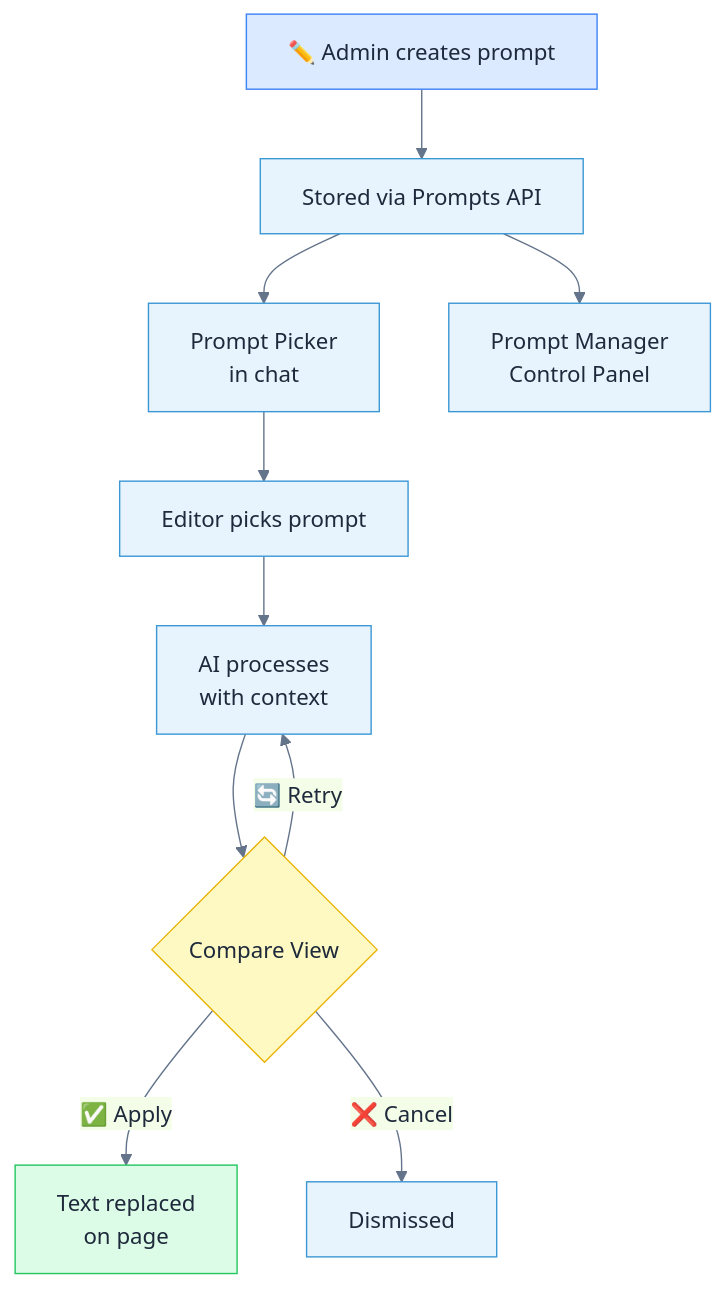
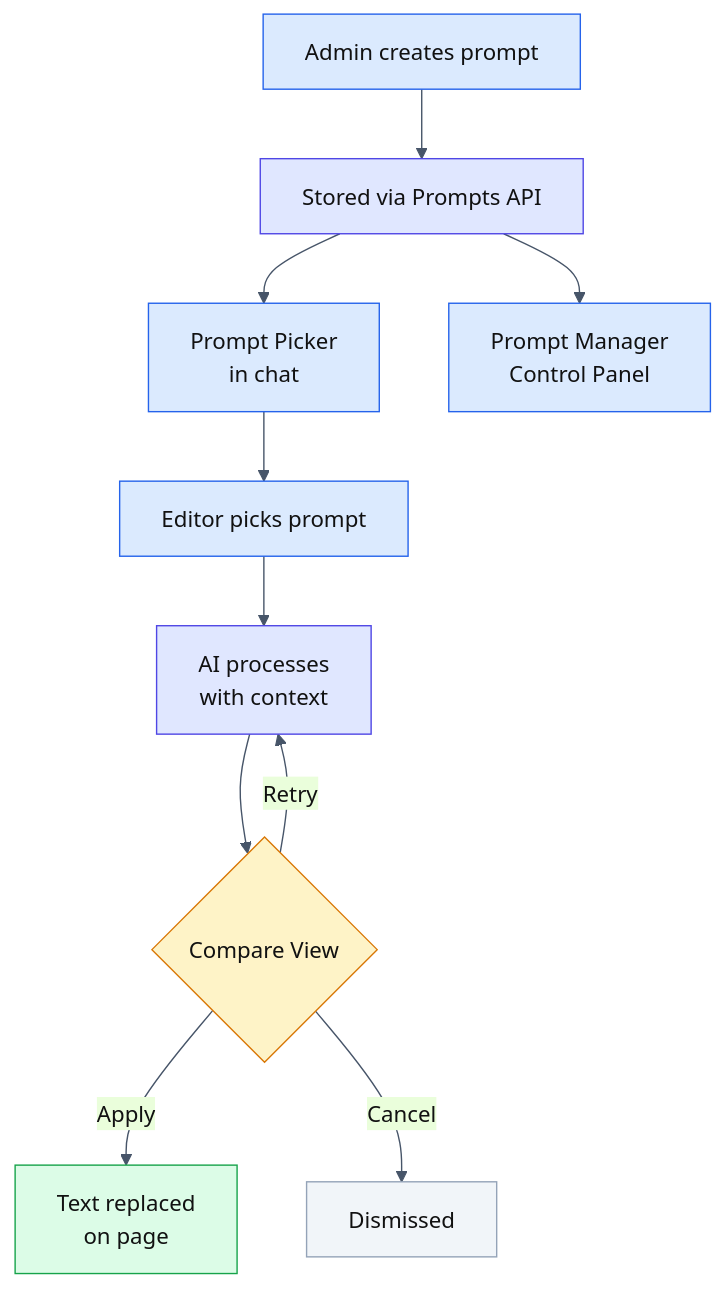
One commit to interaktivgmbh/volto-interaktiv-kyra changed the fourth of 6 diagrams in README.md. Above: the diagram before and after it, drawn with Mermaid. The commit also changed other lines of this file, not shown here.

Commit message:
Enhance README with added contents section, updated Mermaid diagrams, refined styles, and improved feature visualization

````diff
--- a/README.md
+++ b/README.md
@@ -153,17 +164,22 @@
 ```mermaid
-%%{init: {'theme': 'base', 'themeVariables': {'primaryColor': '#e8f4fd', 'primaryBorderColor': '#3b97d4', 'primaryTextColor': '#1e293b', 'lineColor': '#64748b'}}}%%
+%%{init: {'theme': 'base', 'themeVariables': {'primaryColor': '#dbeafe', 'primaryBorderColor': '#2563eb', 'primaryTextColor': '#111', 'lineColor': '#475569'}}}%%
 flowchart TD
-    A["✏️ Admin creates prompt"] --> B["Stored via Prompts API"]
+    A["Admin creates prompt"] --> B["Stored via Prompts API"]
     B --> C["Prompt Picker\nin chat"]
     B --> D["Prompt Manager\nControl Panel"]
     C --> E["Editor picks prompt"]
     E --> F["AI processes\nwith context"]
     F --> G{"Compare View"}
-    G -->|"✅ Apply"| H["Text replaced\non page"]
-    G -->|"🔄 Retry"| F
-    G -->|"❌ Cancel"| I["Dismissed"]
+    G -->|"Apply"| H["Text replaced\non page"]
+    G -->|"Retry"| F
+    G -->|"Cancel"| I["Dismissed"]
 
-    style A fill:#dbeafe,stroke:#3b82f6
-    style H fill:#dcfce7,stroke:#22c55e
-    style G fill:#fef9c3,stroke:#eab308
+    style A fill:#dbeafe,stroke:#2563eb,color:#111
+    style B fill:#e0e7ff,stroke:#4f46e5,color:#111
+    style C fill:#dbeafe,stroke:#2563eb,color:#111
+    style D fill:#dbeafe,stroke:#2563eb,color:#111
+    style F fill:#e0e7ff,stroke:#4f46e5,color:#111
+    style G fill:#fef3c7,stroke:#d97706,color:#111
+    style H fill:#dcfce7,stroke:#16a34a,color:#111
+    style I fill:#f1f5f9,stroke:#94a3b8,color:#111
 ```
````
